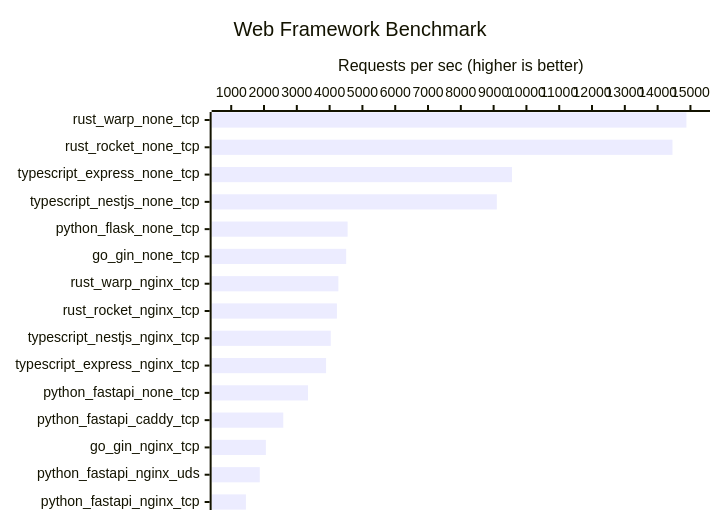
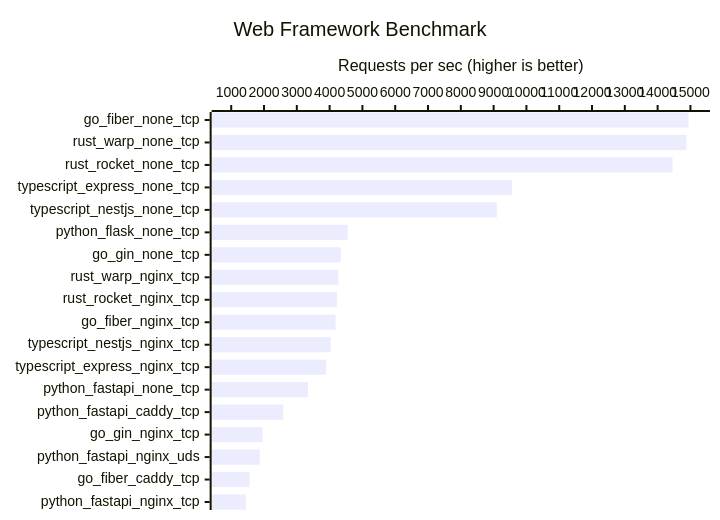
Before and after one commit to gsy0911/zenn-web-framework-comparison: the diagram in README.md, drawn with Mermaid. The commit also changed 2 other files, not shown here.

Commit message:
modify go_fiber

````diff
--- a/README.md
+++ b/README.md
@@ -7,7 +7,7 @@
 ```mermaid
 xychart-beta horizontal
     title "Web Framework Benchmark"
-    x-axis [rust_warp_none_tcp, rust_rocket_none_tcp, typescript_express_none_tcp, typescript_nestjs_none_tcp, python_flask_none_tcp, go_gin_none_tcp, rust_warp_nginx_tcp, rust_rocket_nginx_tcp, typescript_nestjs_nginx_tcp, typescript_express_nginx_tcp, python_fastapi_none_tcp, python_fastapi_caddy_tcp, go_gin_nginx_tcp, python_fastapi_nginx_uds, python_fastapi_nginx_tcp]
+    x-axis [go_fiber_none_tcp, rust_warp_none_tcp, rust_rocket_none_tcp, typescript_express_none_tcp, typescript_nestjs_none_tcp, python_flask_none_tcp, go_gin_none_tcp, rust_warp_nginx_tcp, rust_rocket_nginx_tcp, go_fiber_nginx_tcp, typescript_nestjs_nginx_tcp, typescript_express_nginx_tcp, python_fastapi_none_tcp, python_fastapi_caddy_tcp, go_gin_nginx_tcp, python_fastapi_nginx_uds, go_fiber_caddy_tcp, python_fastapi_nginx_tcp]
     y-axis "Requests per sec (higher is better)" 1000 --> 15000
-    bar [14878, 14452, 9561, 9098, 4548, 4505, 4267, 4222, 4035, 3892, 3342, 2587, 2056, 1870, 1448]
+    bar [14941, 14878, 14452, 9561, 9098, 4548, 4342, 4267, 4222, 4182, 4035, 3892, 3342, 2587, 1954, 1870, 1560, 1448]
 ```
````
